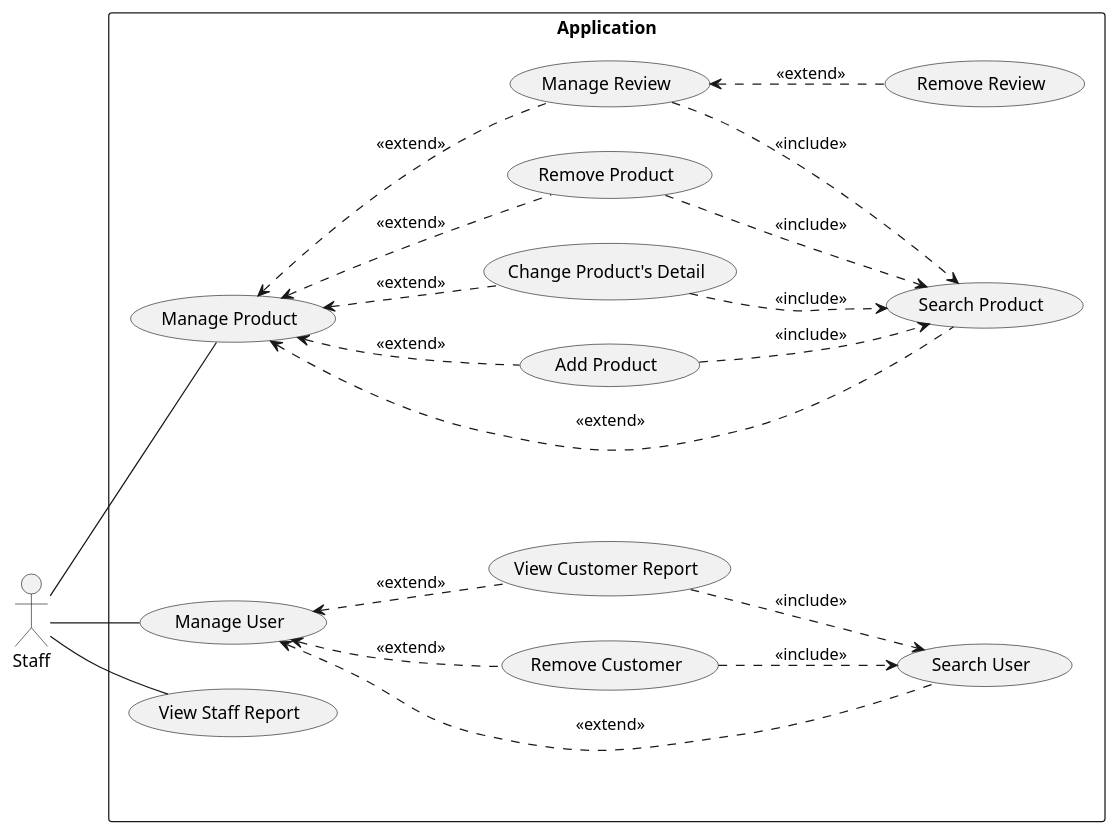
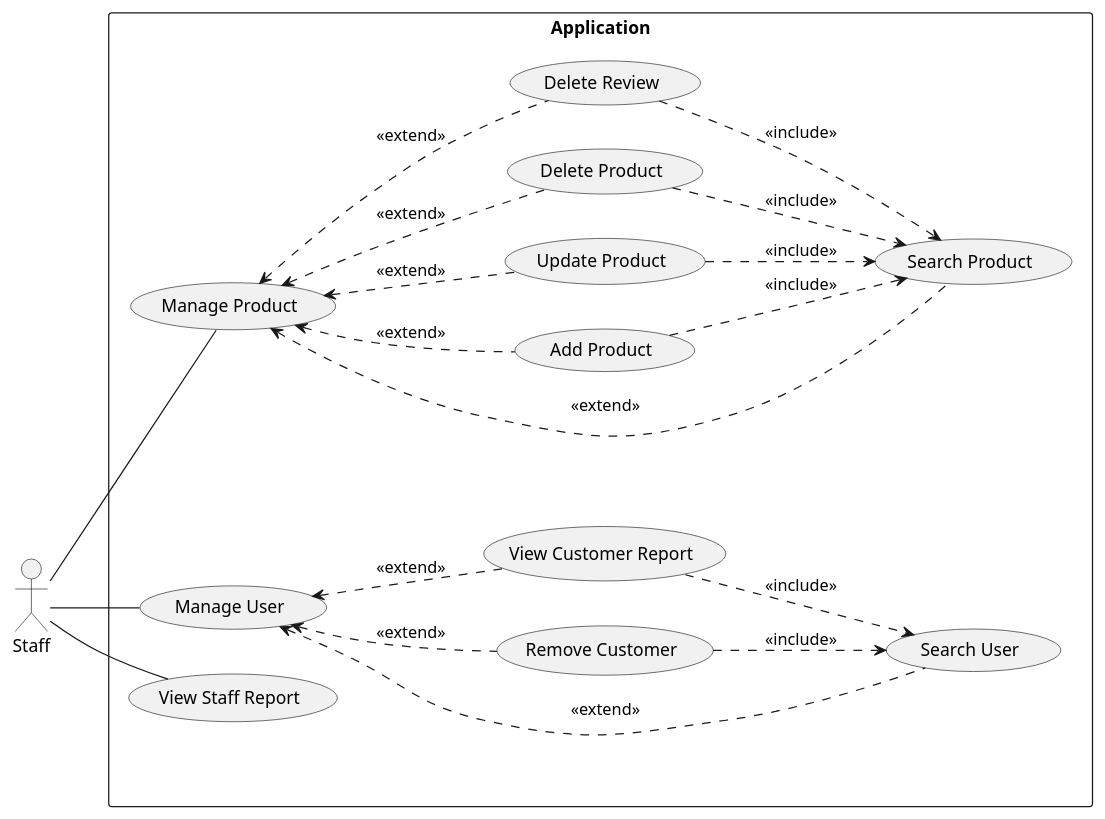
One commit to electricilies/electricilies.github.io changed the diagram in docs/docs/use-case/staff.md. Above: the diagram before and after it, drawn with PlantUML. The commit also changed 22 other files, not shown here.

````diff
--- a/docs/docs/use-case/staff.md
+++ b/docs/docs/use-case/staff.md
@@ -3,42 +3,40 @@
 ```plantuml
 @startuml
 left to right direction
 actor Staff
 
 rectangle "Application" {
   usecase UC01 as "Manage Product"
   usecase UC02 as "Search Product"
   usecase UC03 as "Add Product"
-  usecase UC04 as "Change Product's Detail"
-  usecase UC05 as "Remove Product"
-  usecase UC06 as "Manage Review"
-  usecase UC07 as "Remove Review"
-  usecase UC08 as "Manage User"
-  usecase UC09 as "Search User"
-  usecase UC10 as "Remove Customer"
-  usecase UC11 as "View Customer Report"
-  usecase UC12 as "View Staff Report"
+  usecase UC04 as "Update Product"
+  usecase UC05 as "Delete Product"
+  usecase UC06 as "Delete Review"
+  usecase UC07 as "Manage User"
+  usecase UC08 as "Search User"
+  usecase UC09 as "Remove Customer"
+  usecase UC10 as "View Customer Report"
+  usecase UC11 as "View Staff Report"
 }
 
 Staff -- UC01
-Staff -- UC08
-Staff -- UC12
+Staff -- UC07
+Staff -- UC11
 
 UC01 <.. UC02 : <<extend>>
 UC01 <.. UC03 : <<extend>>
 UC01 <.. UC04 : <<extend>>
 UC01 <.. UC05 : <<extend>>
 UC01 <.. UC06 : <<extend>>
 UC03 ..> UC02 : <<include>>
 UC04 ..> UC02 : <<include>>
 UC05 ..> UC02 : <<include>>
 UC06 ..> UC02 : <<include>>
-UC06 <.. UC07 : <<extend>>
-UC08 <.. UC09 : <<extend>>
-UC08 <.. UC10 : <<extend>>
-UC08 <.. UC11 : <<extend>>
-UC10 ..> UC09 : <<include>>
-UC11 ..> UC09 : <<include>>
+UC07 <.. UC08 : <<extend>>
+UC07 <.. UC09 : <<extend>>
+UC07 <.. UC10 : <<extend>>
+UC09 ..> UC08 : <<include>>
+UC10 ..> UC08 : <<include>>
 
 @enduml
 ```
````
